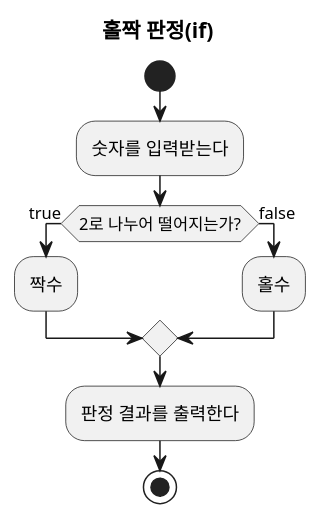
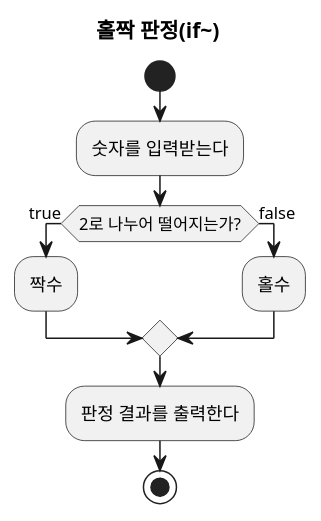
Before and after one commit to hiphop5782/all-in-one-java-resources: the diagram in puml/if-06.puml, drawn with PlantUML.

```diff
--- a/puml/if-06.puml
+++ b/puml/if-06.puml
@@ -1,20 +1,20 @@
 @startuml
 
-title 홀짝 판정(if)
+title 홀짝 판정(if~)
 
 
 start
 
 :숫자를 입력받는다; 
 
 if (2로 나누어 떨어지는가?) then (true)
   :짝수;
 else (false)
   :홀수;
 endif
 
 :판정 결과를 출력한다;
 
 stop
 
 @enduml
```
